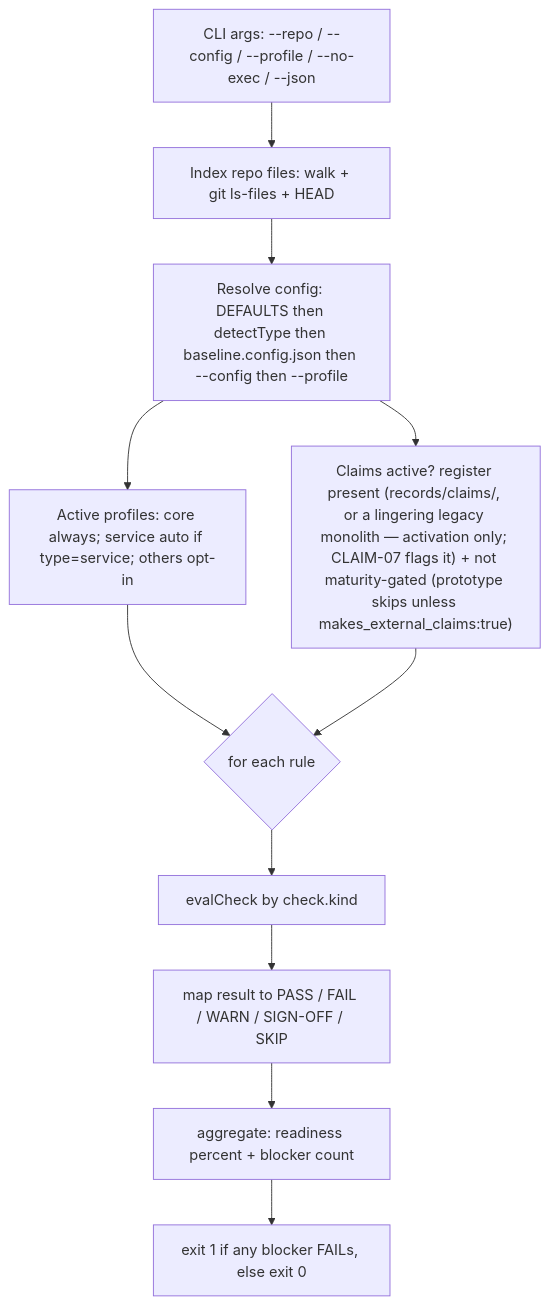
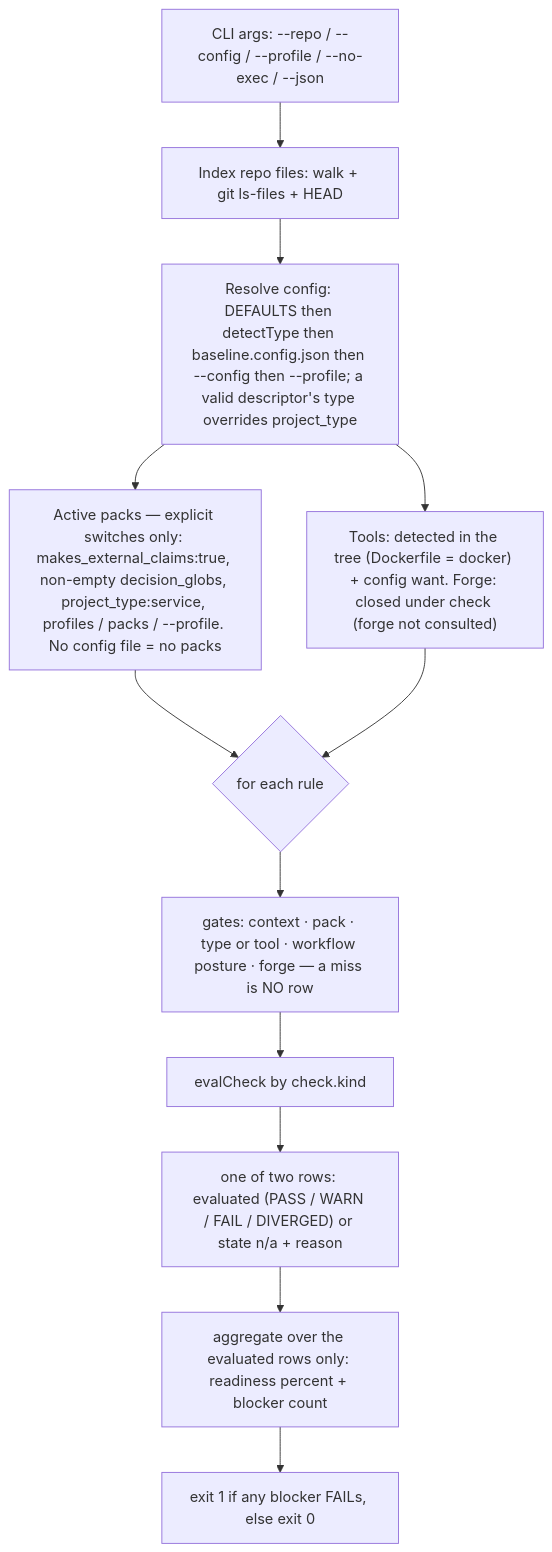
One commit to AdarGit008/baseline-skill changed the second of 3 diagrams in REFERENCE.md. Above: the diagram before and after it, drawn with Mermaid. The commit also changed other lines of this file and 26 other files, not shown here.

````diff
--- a/REFERENCE.md
+++ b/REFERENCE.md
@@ -73,13 +81,14 @@
 ```mermaid
 flowchart TD
   A["CLI args: --repo / --config / --profile / --no-exec / --json"] --> B["Index repo files: walk + git ls-files + HEAD"]
-  B --> C["Resolve config: DEFAULTS then detectType then baseline.config.json then --config then --profile"]
-  C --> D["Active profiles: core always; service auto if type=service; others opt-in"]
-  C --> E["Claims active? register present (records/claims/, or a lingering legacy monolith — activation only; CLAIM-07 flags it) + not maturity-gated (prototype skips unless makes_external_claims:true)"]
+  B --> C["Resolve config: DEFAULTS then detectType then baseline.config.json then --config then --profile; a valid descriptor's type overrides project_type"]
+  C --> D["Active packs — explicit switches only: makes_external_claims:true, non-empty decision_globs, project_type:service, profiles / packs / --profile. No config file = no packs"]
+  C --> E["Tools: detected in the tree (Dockerfile = docker) + config want. Forge: closed under check (forge not consulted)"]
   D --> F{"for each rule"}
   E --> F
-  F --> G["evalCheck by check.kind"]
-  G --> H["map result to PASS / FAIL / WARN / SIGN-OFF / SKIP"]
-  H --> I["aggregate: readiness percent + blocker count"]
-  I --> J["exit 1 if any blocker FAILs, else exit 0"]
+  F --> G["gates: context · pack · type or tool · workflow posture · forge — a miss is NO row"]
+  G --> H["evalCheck by check.kind"]
+  H --> I["one of two rows: evaluated (PASS / WARN / FAIL / DIVERGED) or state n/a + reason"]
+  I --> J["aggregate over the evaluated rows only: readiness percent + blocker count"]
+  J --> K["exit 1 if any blocker FAILs, else exit 0"]
 ```
````
